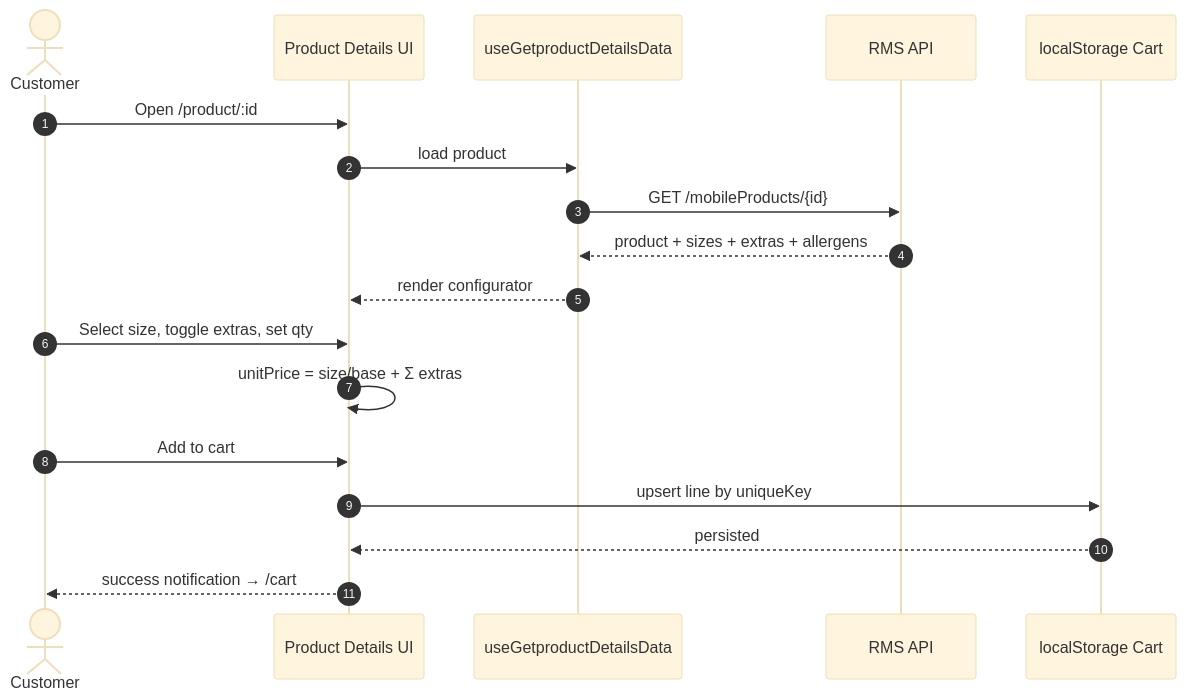
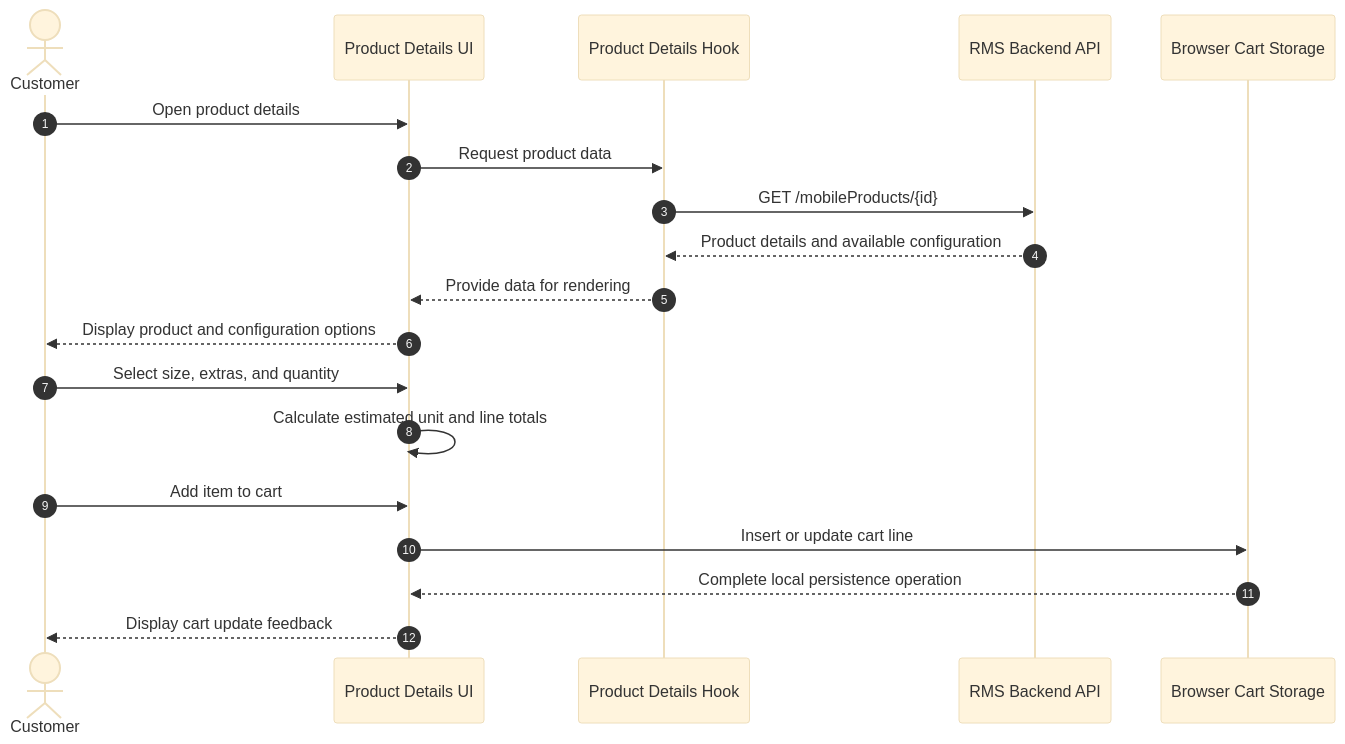
Before and after one commit to suliman-mousa/restaurant-ordering-platform: the seventh of 14 diagrams in DIAGRAMS.md, drawn with Mermaid (base theme). The commit also changed other lines of this file, not shown here.

````diff
--- a/DIAGRAMS.md
+++ b/DIAGRAMS.md
@@ -181,21 +251,24 @@
 ```mermaid
 sequenceDiagram
-  autonumber
-  actor U as Customer
-  participant UI as Product Details UI
-  participant Hook as useGetproductDetailsData
-  participant API as RMS API
-  participant Cart as localStorage Cart
+    autonumber
+    actor U as Customer
+    participant UI as Product Details UI
+    participant Hook as Product Details Hook
+    participant API as RMS Backend API
+    participant Cart as Browser Cart Storage
 
-  U->>UI: Open /product/:id
-  UI->>Hook: load product
-  Hook->>API: GET /mobileProducts/{id}
-  API-->>Hook: product + sizes + extras + allergens
-  Hook-->>UI: render configurator
-  U->>UI: Select size, toggle extras, set qty
-  UI->>UI: unitPrice = size/base + Σ extras
-  U->>UI: Add to cart
-  UI->>Cart: upsert line by uniqueKey
-  Cart-->>UI: persisted
-  UI-->>U: success notification → /cart
+    U->>UI: Open product details
+    UI->>Hook: Request product data
+    Hook->>API: GET /mobileProducts/{id}
+    API-->>Hook: Product details and available configuration
+    Hook-->>UI: Provide data for rendering
+
+    UI-->>U: Display product and configuration options
+    U->>UI: Select size, extras, and quantity
+    UI->>UI: Calculate estimated unit and line totals
+
+    U->>UI: Add item to cart
+    UI->>Cart: Insert or update cart line
+    Cart-->>UI: Complete local persistence operation
+    UI-->>U: Display cart update feedback
 ```
````
